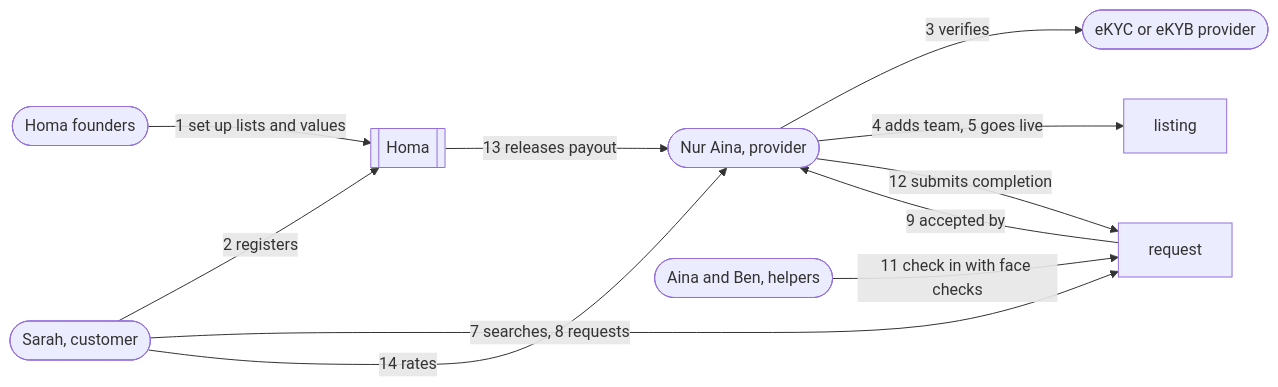
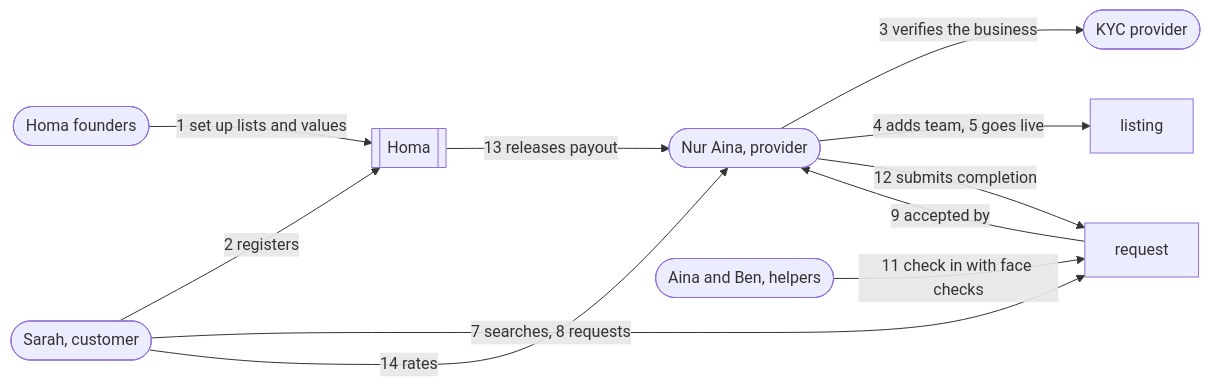
The first of 3 diagrams in docs/homa-domain-stories.md (luqq2500/homa), drawn with Mermaid before and after one commit. The commit also changed other lines of this file and 100 other files, not shown here.

````diff
--- a/docs/homa-domain-stories.md
+++ b/docs/homa-domain-stories.md
@@ -165,13 +168,13 @@
 ```mermaid
 flowchart LR
     F([Homa founders]) -- "1 set up lists and values" --> H[[Homa]]
     S([Sarah, customer]) -- "2 registers" --> H
-    P([Nur Aina, provider]) -- "3 verifies" --> V([eKYC or eKYB provider])
+    P([Nur Aina, provider]) -- "3 verifies the business" --> V([KYC provider])
     P -- "4 adds team, 5 goes live" --> L[listing]
     S -- "7 searches, 8 requests" --> R[request]
     R -- "9 accepted by" --> P
     T([Aina and Ben, helpers]) -- "11 check in with face checks" --> R
     P -- "12 submits completion" --> R
     H -- "13 releases payout" --> P
     S -- "14 rates" --> P
 ```
````
